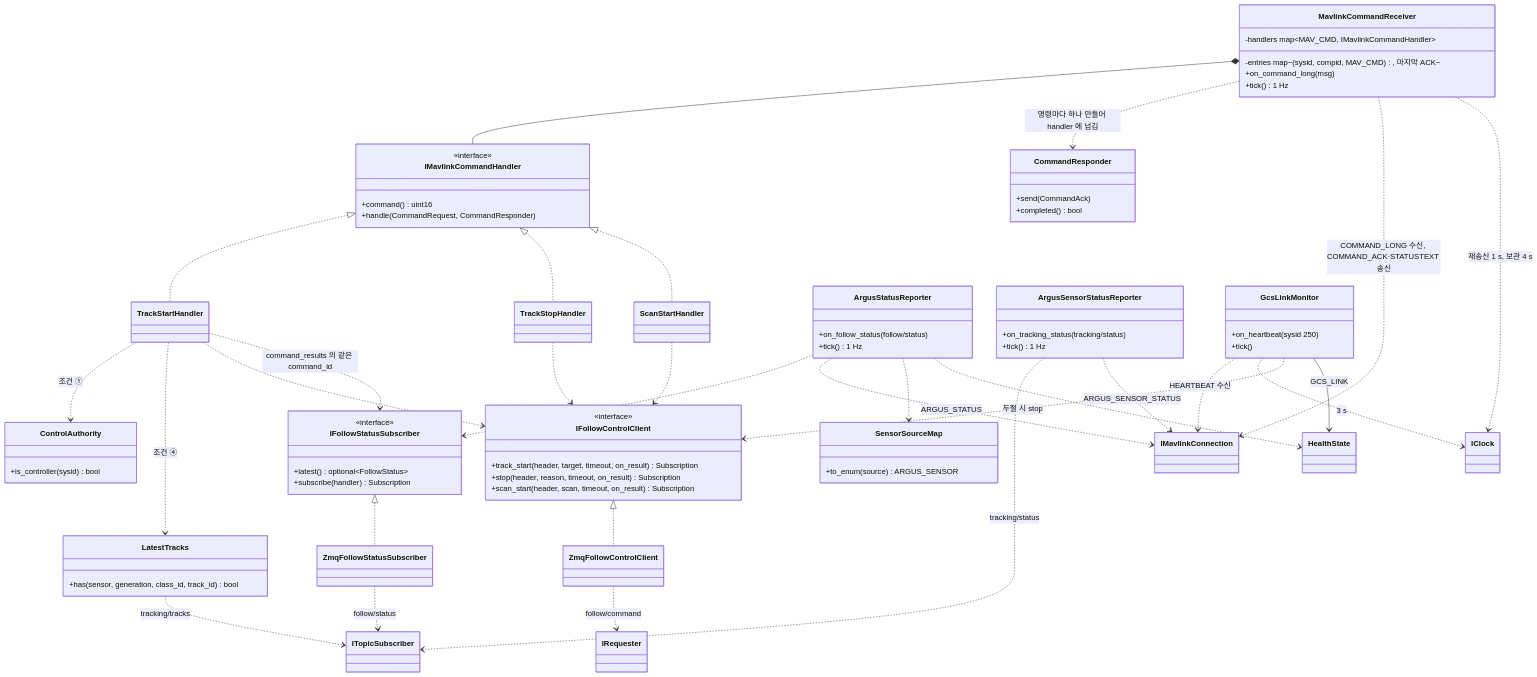
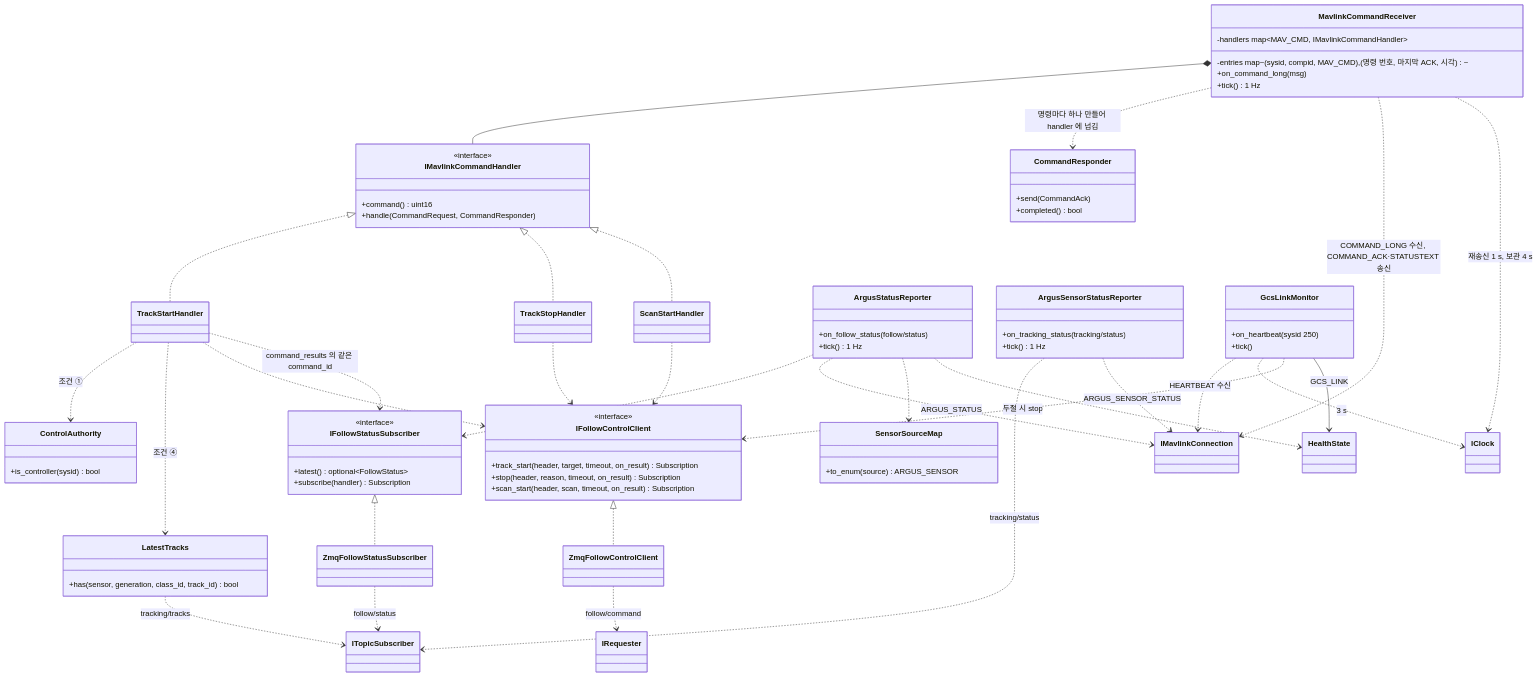
Before and after one commit to lig-argus/argus-edge-vision: the third of 3 diagrams in docs/design/uml/class_onboard.md, drawn with Mermaid. The commit also changed other lines of this file and 7 other files, not shown here.

```diff
--- a/docs/design/uml/class_onboard.md
+++ b/docs/design/uml/class_onboard.md
@@ -209,7 +209,7 @@
     }
     class MavlinkCommandReceiver {
         -handlers map~MAV_CMD, IMavlinkCommandHandler~
-        -entries map~(sysid, compid, MAV_CMD), 마지막 ACK~
+        -entries map~(sysid, compid, MAV_CMD), (명령 번호, 마지막 ACK, 시각)~
         +on_command_long(msg)
         +tick() 1 Hz
     }
```
